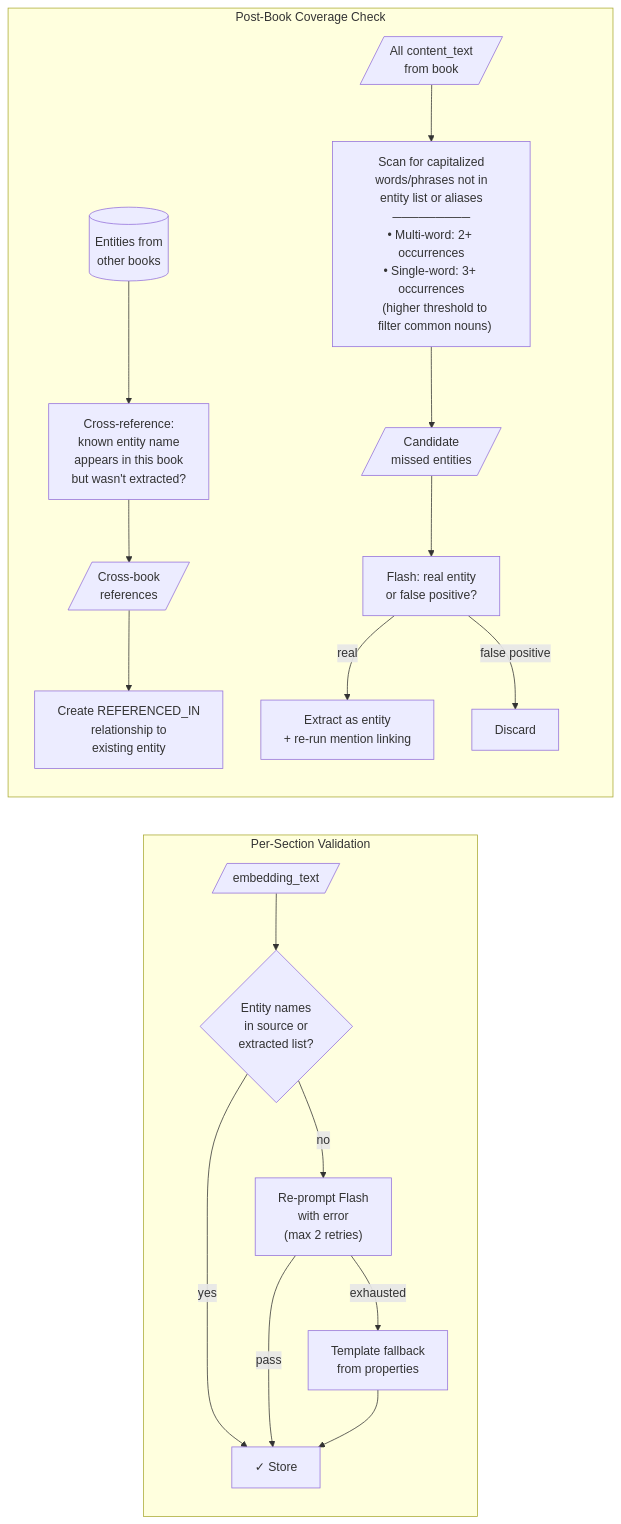
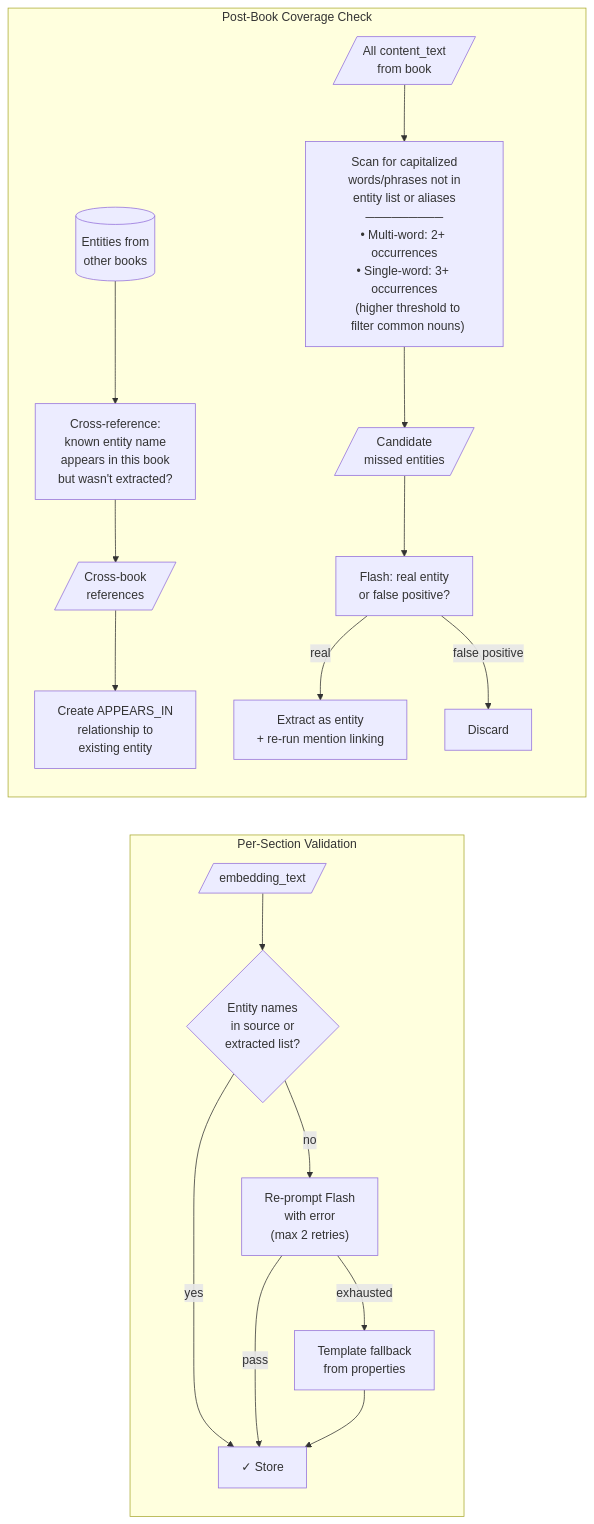
The sixth of 9 diagrams in services/grimoire/data-architecture.md (jomcgi/homelab), drawn with Mermaid before and after one commit. The commit also changed other lines of this file, not shown here.

First line of the commit message:
fix(grimoire): address schema consistency issues in data architecture RFC

````diff
--- a/services/grimoire/data-architecture.md
+++ b/services/grimoire/data-architecture.md
@@ -281,22 +281,22 @@
 ```mermaid
 flowchart LR
     subgraph PerSection["Per-Section Validation"]
         ET[/"embedding_text"/] --> NC{"Entity names<br>in source or<br>extracted list?"}
         NC -->|"yes"| Pass["✓ Store"]
         NC -->|"no"| Retry["Re-prompt Flash<br>with error<br>(max 2 retries)"]
         Retry -->|"pass"| Pass
         Retry -->|"exhausted"| Fallback["Template fallback<br>from properties"]
         Fallback --> Pass
     end
 
     subgraph PostBook["Post-Book Coverage Check"]
         AllChunks[/"All content_text<br>from book"/] --> Scan["Scan for capitalized<br>words/phrases not in<br>entity list or aliases<br>─────────<br>• Multi-word: 2+ occurrences<br>• Single-word: 3+ occurrences<br>  (higher threshold to<br>  filter common nouns)"]
         ExistingDB[("Entities from<br>other books")] --> XRef["Cross-reference:<br>known entity name<br>appears in this book<br>but wasn't extracted?"]
         Scan --> Candidates[/"Candidate<br>missed entities"/]
         XRef --> XRefHits[/"Cross-book<br>references"/]
         Candidates --> Flash2["Flash: real entity<br>or false positive?"]
-        XRefHits --> NewRel["Create REFERENCED_IN<br>relationship to<br>existing entity"]
+        XRefHits --> NewRel["Create APPEARS_IN<br>relationship to<br>existing entity"]
         Flash2 -->|"real"| Extract["Extract as entity<br>+ re-run mention linking"]
         Flash2 -->|"false positive"| Skip["Discard"]
     end
 ```
````
